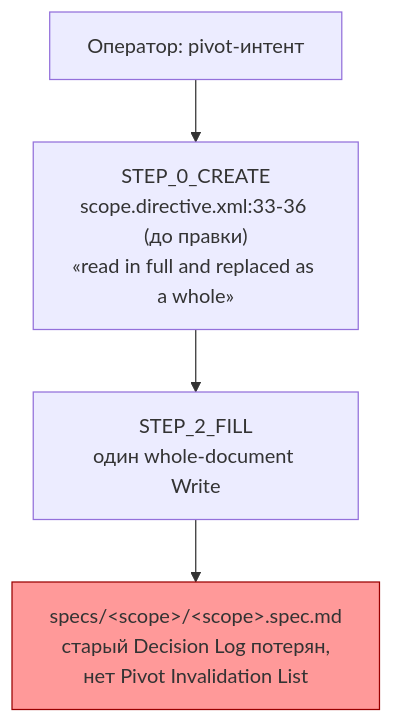
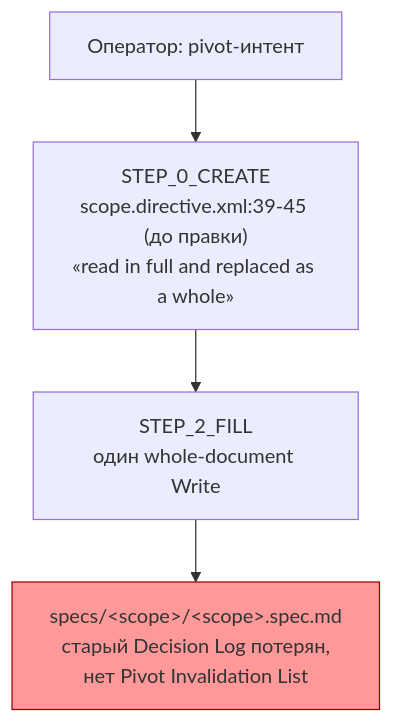
Before and after one commit to RubaXa/gennady: the first of 2 diagrams in ai/drafts/research/sdd-v1-to-v2-transfer/_raw/reports/R-T-B6-01.md, drawn with Mermaid. The commit also changed other lines of this file and 10 other files, not shown here.

````diff
--- a/ai/drafts/research/sdd-v1-to-v2-transfer/_raw/reports/R-T-B6-01.md
+++ b/ai/drafts/research/sdd-v1-to-v2-transfer/_raw/reports/R-T-B6-01.md
@@ -30,7 +30,7 @@
 ```mermaid
 flowchart TB
-  Op["Оператор: pivot-интент"] --> S0["STEP_0_CREATE\nscope.directive.xml:33-36 (до правки)\n«read in full and replaced as a whole»"]
+  Op["Оператор: pivot-интент"] --> S0["STEP_0_CREATE\nscope.directive.xml:39-45 (до правки)\n«read in full and replaced as a whole»"]
   S0 --> S2["STEP_2_FILL\nодин whole-document Write"]
   S2 --> Out["specs/&lt;scope&gt;/&lt;scope&gt;.spec.md\nстарый Decision Log потерян,\nнет Pivot Invalidation List"]
   style Out fill:#f99,stroke:#900
 ```
````
